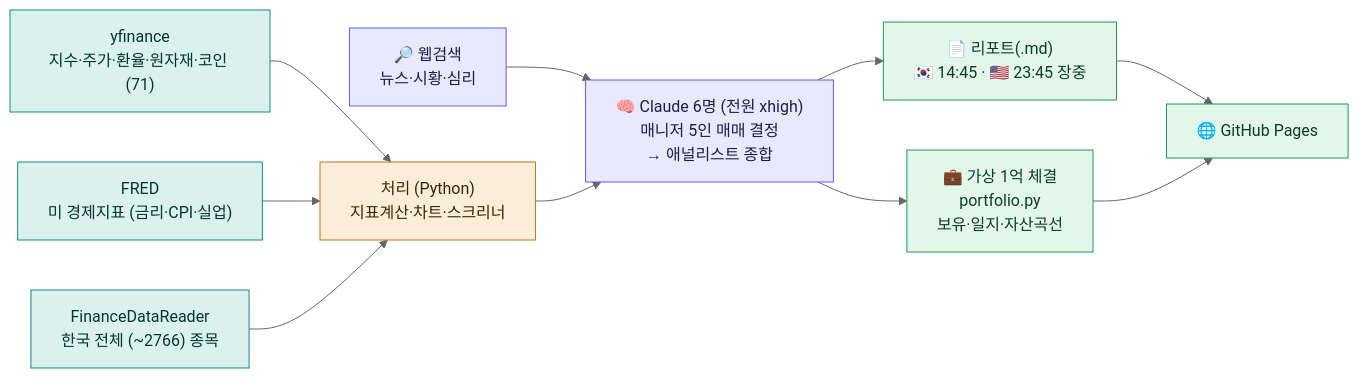
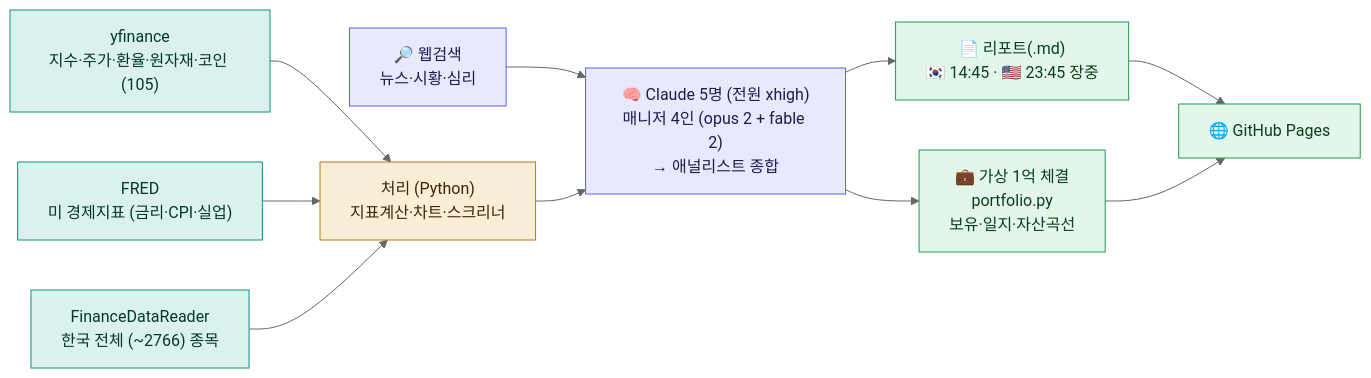
Before and after one commit to gks930620/stock-daily: the second of 2 diagrams in docs/OVERVIEW.md, drawn with Mermaid (neutral theme). The commit also changed other lines of this file and 16 other files, not shown here.

````diff
--- a/docs/OVERVIEW.md
+++ b/docs/OVERVIEW.md
@@ -63,17 +63,17 @@
 ```mermaid
 flowchart LR
-  Y["yfinance<br/>지수·주가·환율·원자재·코인 (71)"] --> P
+  Y["yfinance<br/>지수·주가·환율·원자재·코인 (105)"] --> P
   FR["FRED<br/>미 경제지표 (금리·CPI·실업)"] --> P
   FD["FinanceDataReader<br/>한국 전체 (~2766) 종목"] --> P
   WS["🔎 웹검색<br/>뉴스·시황·심리"] --> CL
 
   P["처리 (Python)<br/>지표계산·차트·스크리너"] --> CL
-  CL["🧠 Claude 6명 (전원 xhigh)<br/>매니저 5인 매매 결정<br/>→ 애널리스트 종합"] --> R["📄 리포트(.md)<br/>🇰🇷 14:45 · 🇺🇸 23:45 장중"] --> PG["🌐 GitHub Pages"]
+  CL["🧠 Claude 5명 (전원 xhigh)<br/>매니저 4인 (opus 2 + fable 2)<br/>→ 애널리스트 종합"] --> R["📄 리포트(.md)<br/>🇰🇷 14:45 · 🇺🇸 23:45 장중"] --> PG["🌐 GitHub Pages"]
   CL --> PF["💼 가상 1억 체결<br/>portfolio.py<br/>보유·일지·자산곡선"] --> PG
 
   classDef data fill:#dbf1ee,stroke:#0e8f83,color:#04372f;
   classDef proc fill:#fbeed9,stroke:#bf7318,color:#3a2606;
   classDef ai   fill:#e9e9fe,stroke:#5b5ff0,color:#1c1c4d;
   classDef pub  fill:#e3f6ea,stroke:#219a52,color:#0c3d22;
   class Y,FR,FD data; class P proc; class WS,CL ai; class R,PF,PG pub;
 ```
````
